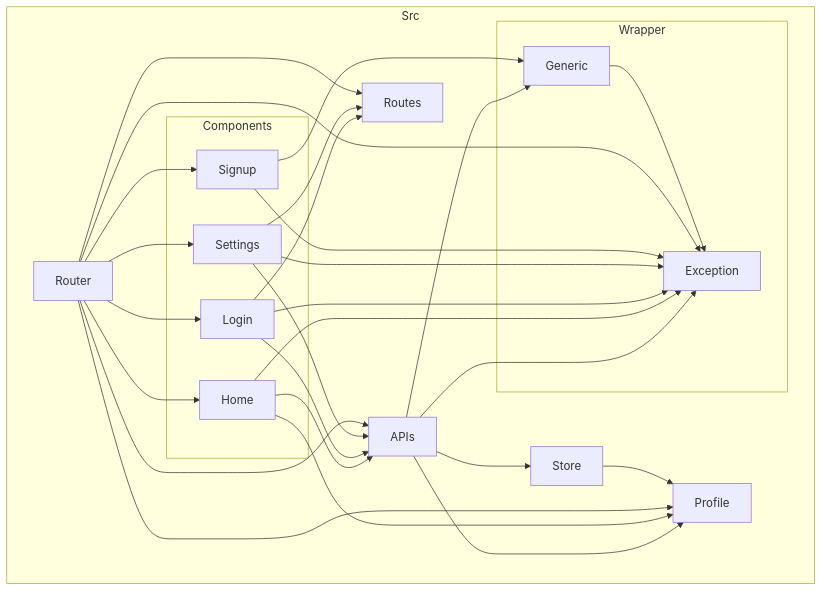
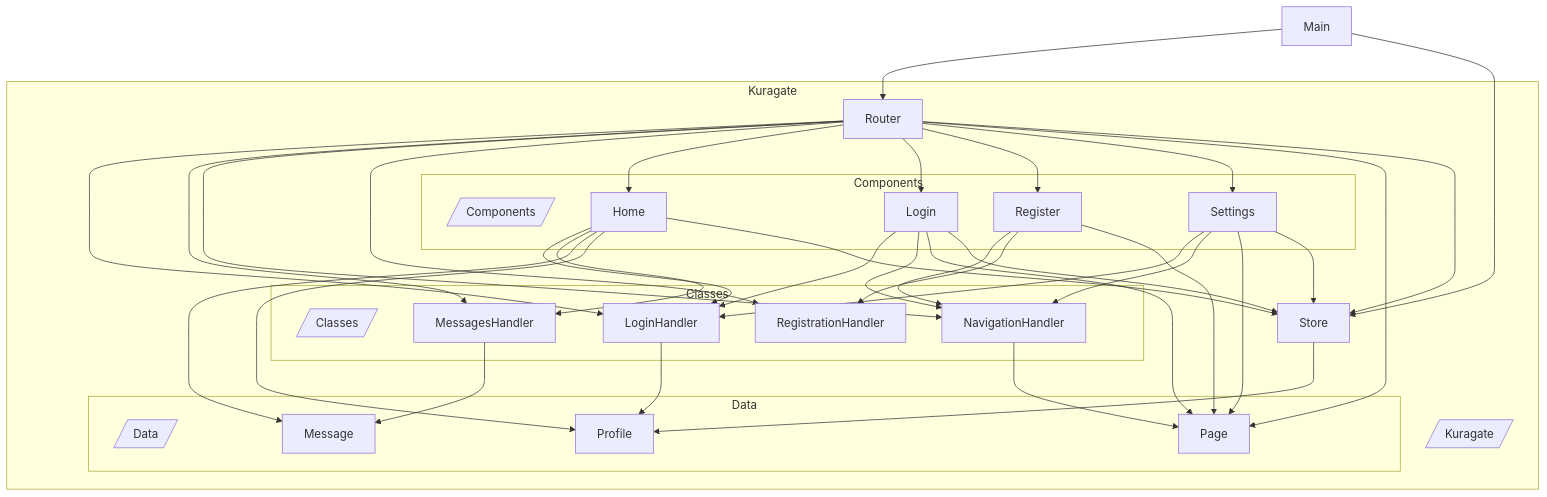
One commit to traPtitech/naro-portal-client changed the diagram in purescript-dependency-graph/output.md. Above: the diagram before and after it, drawn with Mermaid. The commit also changed 33 other files, not shown here.

````diff
--- a/purescript-dependency-graph/output.md
+++ b/purescript-dependency-graph/output.md
@@ -1,45 +1,61 @@
 ```mermaid
-flowchart TB
-subgraph Src[Src]
-Src.APIs[APIs]
-subgraph Src.Components[Components]
-Src.Components.Home[Home]
-Src.Components.Login[Login]
-Src.Components.Settings[Settings]
-Src.Components.Signup[Signup]
+flowchart 
+Main[Main]
+subgraph Kuragate_subgraph [Kuragate]
+Kuragate[/Kuragate/]
+Kuragate.Components.Router[Router]
+Kuragate.Store[Store]
+subgraph Kuragate.Classes_subgraph [Classes]
+Kuragate.Classes[/Classes/]
+Kuragate.Classes.LoginHandler[LoginHandler]
+Kuragate.Classes.MessagesHandler[MessagesHandler]
+Kuragate.Classes.NavigationHandler[NavigationHandler]
+Kuragate.Classes.RegistrationHandler[RegistrationHandler]
 end
-Src.Profile[Profile]
-Src.Router[Router]
-Src.Routes[Routes]
-Src.Store[Store]
-subgraph Src.Wrapper[Wrapper]
-Src.Wrapper.Exception[Exception]
-Src.Wrapper.Generic[Generic]
+subgraph Kuragate.Components_subgraph [Components]
+Kuragate.Components[/Components/]
+Kuragate.Components.Home[Home]
+Kuragate.Components.Login[Login]
+Kuragate.Components.Register[Register]
+Kuragate.Components.Settings[Settings]
+end
+subgraph Kuragate.Data_subgraph [Data]
+Kuragate.Data[/Data/]
+Kuragate.Data.Message[Message]
+Kuragate.Data.Page[Page]
+Kuragate.Data.Profile[Profile]
 end
 end
-Src.APIs --> Src.Profile
-Src.APIs --> Src.Store
-Src.APIs --> Src.Wrapper.Exception
-Src.APIs --> Src.Wrapper.Generic
-Src.Components.Home --> Src.APIs
-Src.Components.Home --> Src.Profile
-Src.Components.Home --> Src.Wrapper.Exception
-Src.Components.Login --> Src.APIs
-Src.Components.Login --> Src.Routes
-Src.Components.Login --> Src.Wrapper.Exception
-Src.Components.Settings --> Src.APIs
-Src.Components.Settings --> Src.Routes
-Src.Components.Settings --> Src.Wrapper.Exception
-Src.Components.Signup --> Src.Wrapper.Exception
-Src.Components.Signup --> Src.Wrapper.Generic
-Src.Router --> Src.APIs
-Src.Router --> Src.Components.Home
-Src.Router --> Src.Components.Login
-Src.Router --> Src.Components.Settings
-Src.Router --> Src.Components.Signup
-Src.Router --> Src.Profile
-Src.Router --> Src.Routes
-Src.Router --> Src.Wrapper.Exception
-Src.Store --> Src.Profile
-Src.Wrapper.Generic --> Src.Wrapper.Exception
+Main --> Kuragate.Components.Router
+Main --> Kuragate.Store
+Kuragate.Components.Router --> Kuragate.Classes.LoginHandler
+Kuragate.Components.Router --> Kuragate.Classes.MessagesHandler
+Kuragate.Components.Router --> Kuragate.Classes.NavigationHandler
+Kuragate.Components.Router --> Kuragate.Classes.RegistrationHandler
+Kuragate.Components.Router --> Kuragate.Components.Home
+Kuragate.Components.Router --> Kuragate.Components.Login
+Kuragate.Components.Router --> Kuragate.Components.Register
+Kuragate.Components.Router --> Kuragate.Components.Settings
+Kuragate.Components.Router --> Kuragate.Data.Page
+Kuragate.Components.Router --> Kuragate.Store
+Kuragate.Store --> Kuragate.Data.Profile
+Kuragate.Classes.LoginHandler --> Kuragate.Data.Profile
+Kuragate.Classes.MessagesHandler --> Kuragate.Data.Message
+Kuragate.Classes.NavigationHandler --> Kuragate.Data.Page
+Kuragate.Components.Home --> Kuragate.Classes.LoginHandler
+Kuragate.Components.Home --> Kuragate.Classes.MessagesHandler
+Kuragate.Components.Home --> Kuragate.Data.Message
+Kuragate.Components.Home --> Kuragate.Data.Profile
+Kuragate.Components.Home --> Kuragate.Store
+Kuragate.Components.Login --> Kuragate.Classes.LoginHandler
+Kuragate.Components.Login --> Kuragate.Classes.NavigationHandler
+Kuragate.Components.Login --> Kuragate.Data.Page
+Kuragate.Components.Login --> Kuragate.Store
+Kuragate.Components.Register --> Kuragate.Classes.NavigationHandler
+Kuragate.Components.Register --> Kuragate.Classes.RegistrationHandler
+Kuragate.Components.Register --> Kuragate.Data.Page
+Kuragate.Components.Settings --> Kuragate.Classes.LoginHandler
+Kuragate.Components.Settings --> Kuragate.Classes.NavigationHandler
+Kuragate.Components.Settings --> Kuragate.Data.Page
+Kuragate.Components.Settings --> Kuragate.Store
 ```
````
